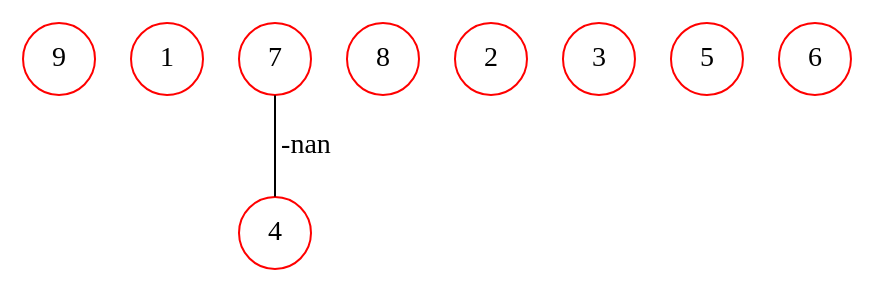
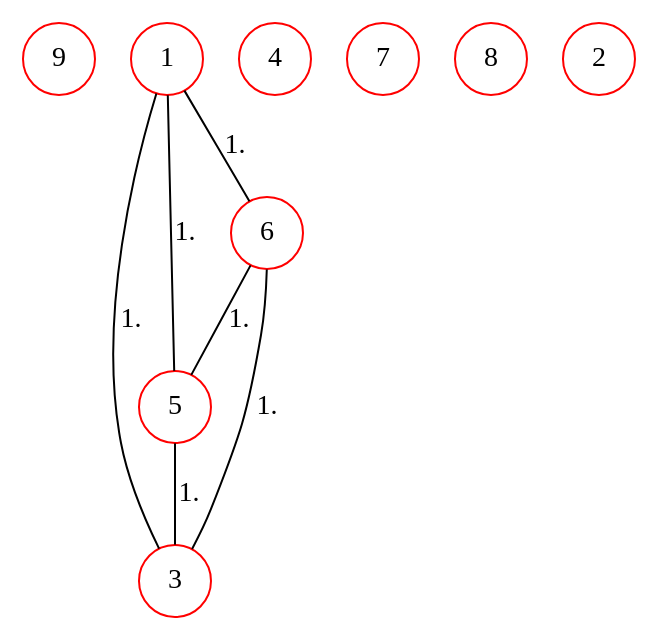
Before and after one commit to nightmared/project_graphs_2019_2020: the diagram in Graph_Project/src/graphs/nover/g3-4.dot, drawn with Graphviz. The commit also changed 5 other files, not shown here.

Commit message:
Correction de Nover et partie 3 : Convolution de graphes

```diff
--- a/Graph_Project/src/graphs/nover/g3-4.dot
+++ b/Graph_Project/src/graphs/nover/g3-4.dot
@@ -1,15 +1,20 @@
 graph G {
   9 [shape=circle, color="#FF0000", label="9", ];
   1 [shape=circle, color="#FF0000", label="1", ];
   4 [shape=circle, color="#FF0000", label="4", ];
   7 [shape=circle, color="#FF0000", label="7", ];
   8 [shape=circle, color="#FF0000", label="8", ];
   2 [shape=circle, color="#FF0000", label="2", ];
   3 [shape=circle, color="#FF0000", label="3", ];
   5 [shape=circle, color="#FF0000", label="5", ];
   6 [shape=circle, color="#FF0000", label="6", ];
   
   
-  7 -- 4 [label="-nan", ];
+  1 -- 3 [label="1.", ];
+  1 -- 5 [label="1.", ];
+  1 -- 6 [label="1.", ];
+  5 -- 3 [label="1.", ];
+  6 -- 3 [label="1.", ];
+  6 -- 5 [label="1.", ];
   
   }
```
